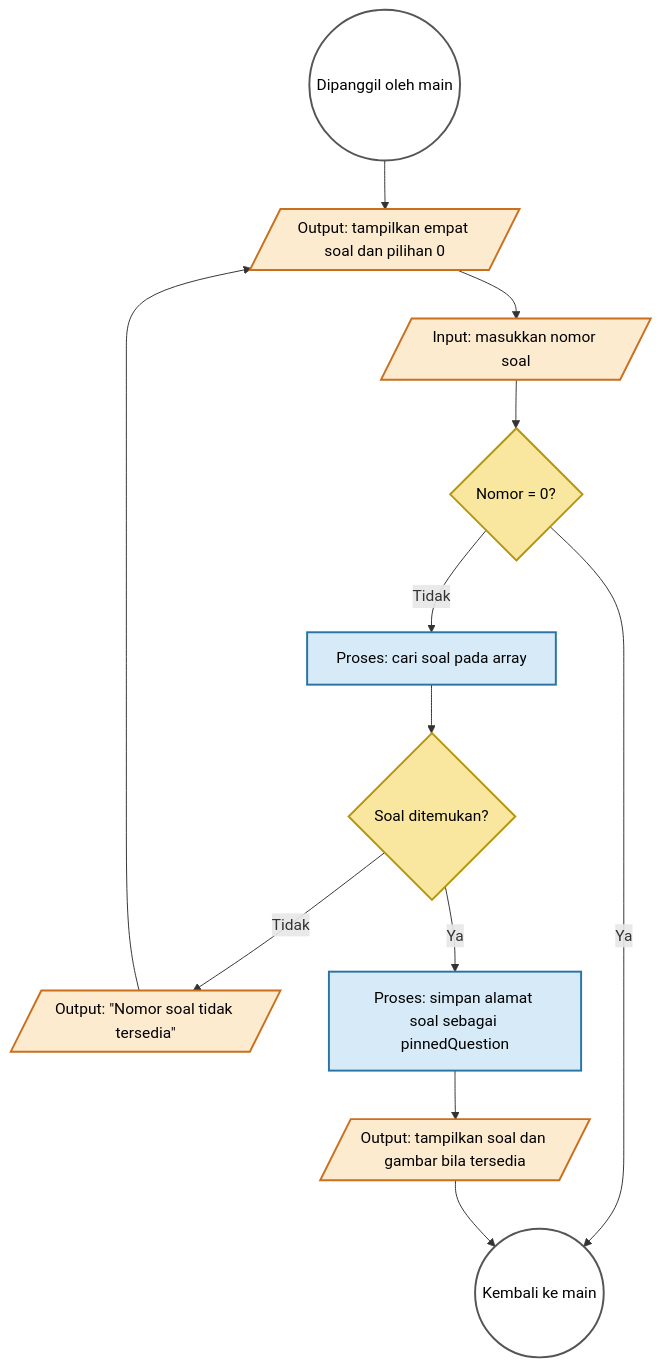
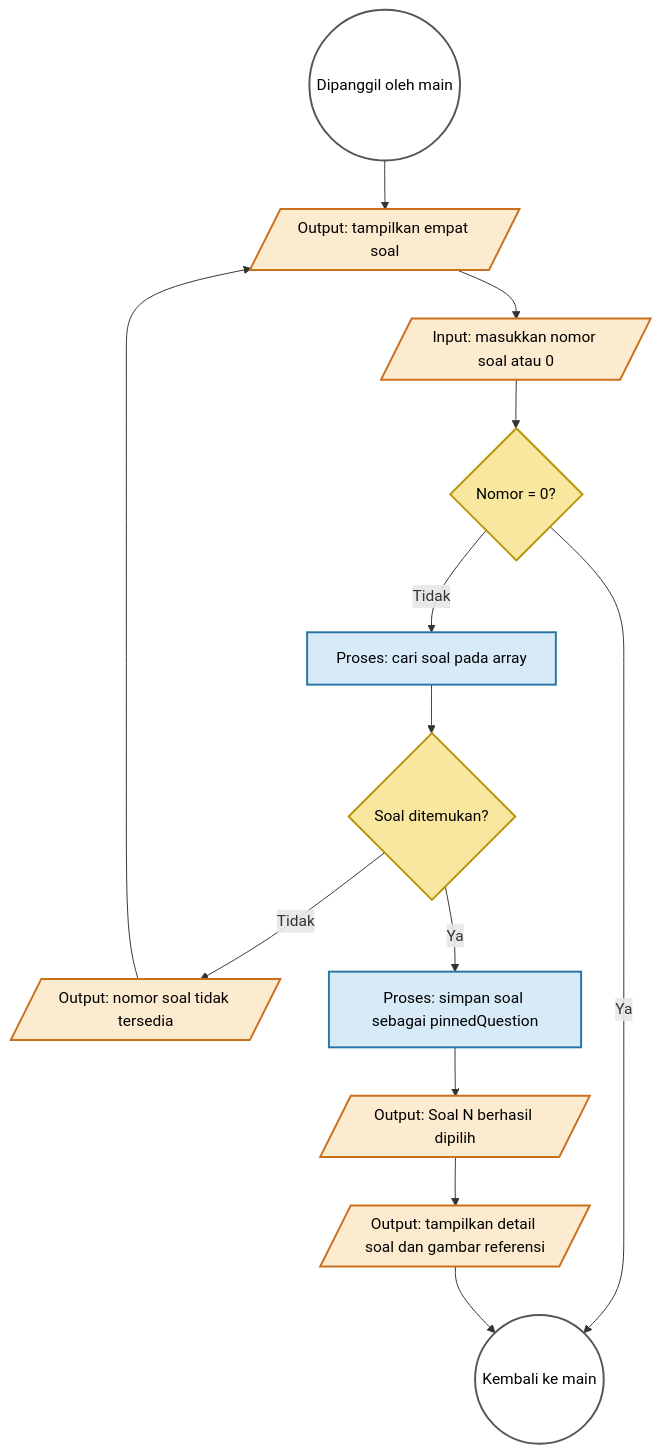
Before and after one commit to kyberneticus/graph: the second of 4 diagrams in FLOWCHART.md, drawn with Mermaid. The commit also changed other lines of this file and 2 other files, not shown here.

First line of the commit message:
feat: add interactive graph solver input

````diff
--- a/FLOWCHART.md
+++ b/FLOWCHART.md
@@ -44,27 +41,25 @@
 ```mermaid
 flowchart TD
-    Entry((Dipanggil oleh main)) --> List[/Output: tampilkan empat soal dan pilihan 0/]
-    List --> Input[/Input: masukkan nomor soal/]
+    Entry((Dipanggil oleh main)) --> List[/Output: tampilkan empat soal/]
+    List --> Input[/Input: masukkan nomor soal atau 0/]
     Input --> Back{Nomor = 0?}
-
     Back -- Ya --> Return((Kembali ke main))
     Back -- Tidak --> Find[Proses: cari soal pada array]
     Find --> Exists{Soal ditemukan?}
-
-    Exists -- Tidak --> Missing[/Output: "Nomor soal tidak tersedia"/]
+    Exists -- Tidak --> Missing[/Output: nomor soal tidak tersedia/]
     Missing --> List
-
-    Exists -- Ya --> Pin[Proses: simpan alamat soal sebagai pinnedQuestion]
-    Pin --> Show[/Output: tampilkan soal dan gambar bila tersedia/]
-    Show --> Return
+    Exists -- Ya --> Pin[Proses: simpan soal sebagai pinnedQuestion]
+    Pin --> Success[/Output: Soal N berhasil dipilih/]
+    Success --> Details[/Output: tampilkan detail soal dan gambar referensi/]
+    Details --> Return
 
     classDef connector fill:#FFFFFF,stroke:#555555,color:#000,stroke-width:2px;
     classDef process fill:#D6EAF8,stroke:#2874A6,color:#000,stroke-width:2px;
     classDef io fill:#FDEBD0,stroke:#CA6F1E,color:#000,stroke-width:2px;
     classDef decision fill:#F9E79F,stroke:#B7950B,color:#000,stroke-width:2px;
 
     class Entry,Return connector;
     class Find,Pin process;
-    class List,Input,Missing,Show io;
+    class List,Input,Missing,Success,Details io;
     class Back,Exists decision;
 ```
````
